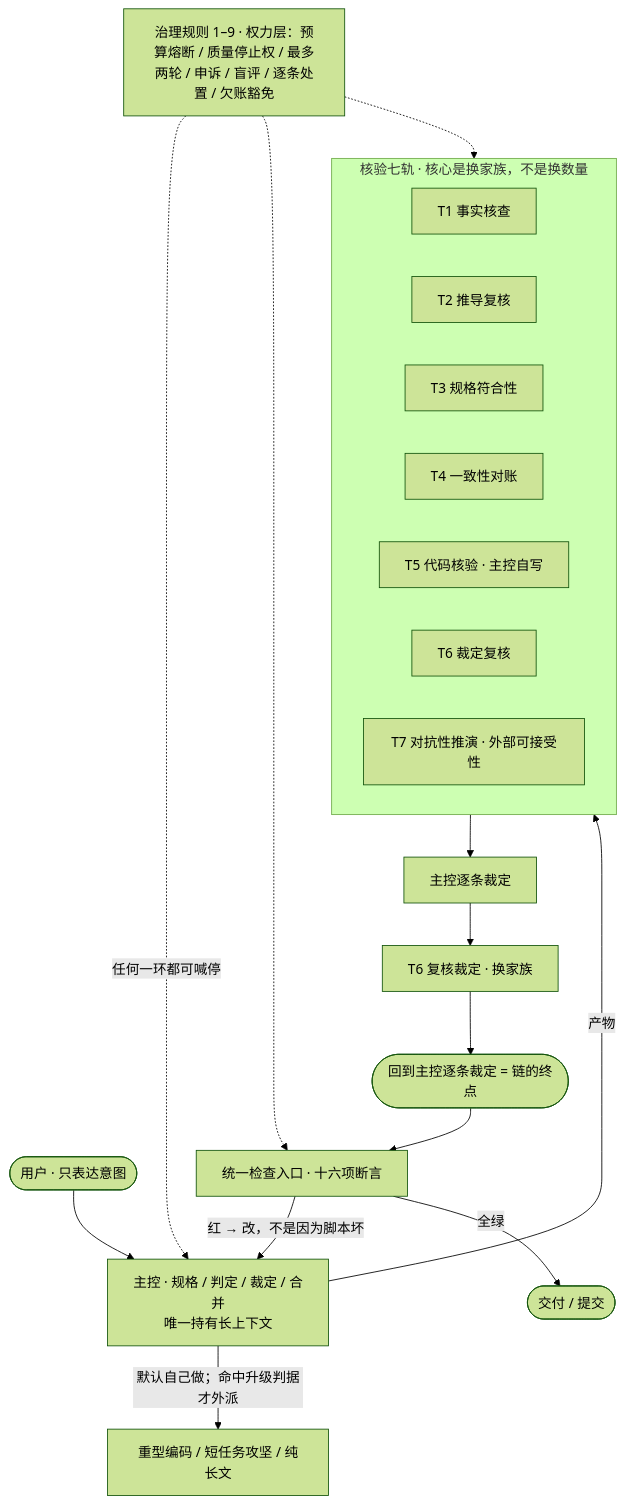
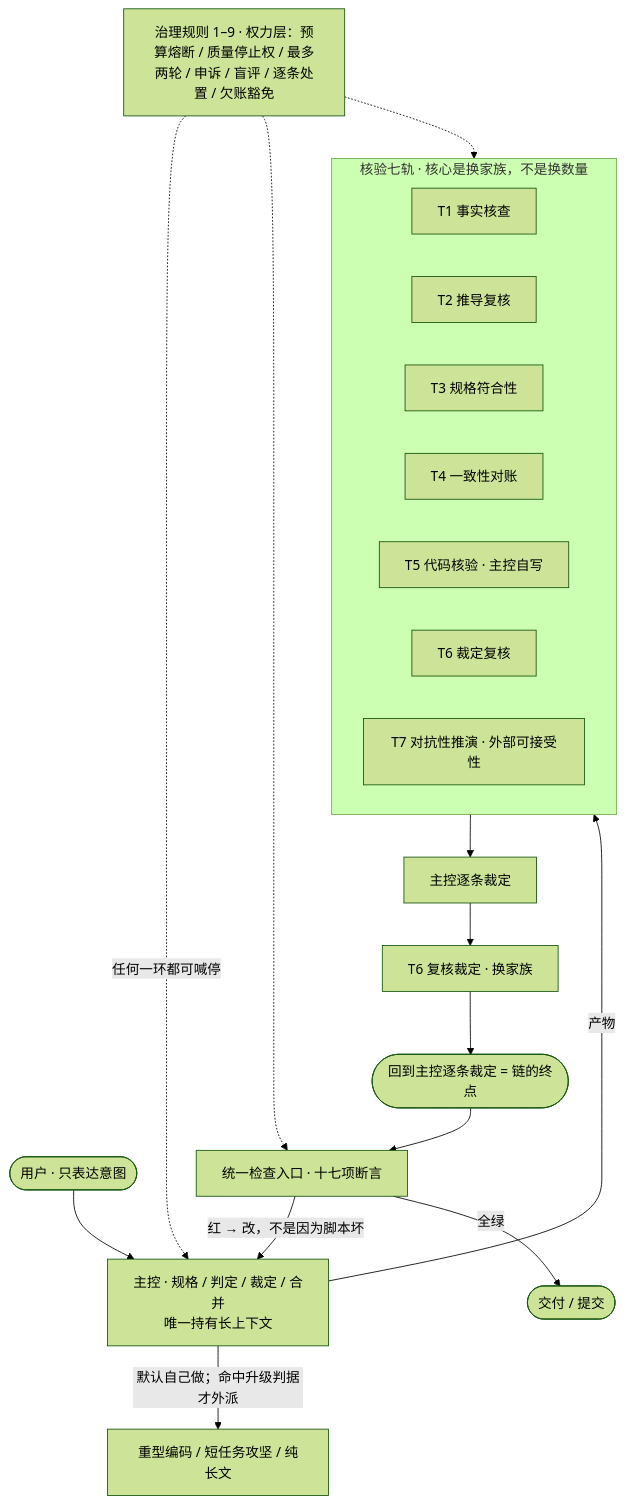
The diagram in README.md (cty66699/dsh-ai-system), drawn with Mermaid (forest theme) before and after one commit. The commit also changed other lines of this file and 13 other files, not shown here.

````diff
--- a/README.md
+++ b/README.md
@@ -259,29 +276,29 @@
 ```mermaid
 flowchart TB
   U(["用户 · 只表达意图"]) --> M["主控 · 规格 / 判定 / 裁定 / 合并<br/>唯一持有长上下文"]
   M -->|"默认自己做；命中升级判据才外派"| ESC["重型编码 / 短任务攻坚 / 纯长文"]
 
   subgraph V["核验七轨 · 核心是换家族，不是换数量"]
     direction LR
     T1["T1 事实核查"]
     T2["T2 推导复核"]
     T3["T3 规格符合性"]
     T4["T4 一致性对账"]
     T5["T5 代码核验 · 主控自写"]
     T6["T6 裁定复核"]
     T7["T7 对抗性推演 · 外部可接受性"]
   end
 
   M -->|"产物"| V
   V --> DISP["主控逐条裁定"]
   DISP --> T6R["T6 复核裁定 · 换家族"]
   T6R --> END(["回到主控逐条裁定 = 链的终点"])
-  END --> GATE["统一检查入口 · 十六项断言"]
+  END --> GATE["统一检查入口 · 十七项断言"]
   GATE -->|"红 → 改，不是因为脚本坏"| M
   GATE -->|"全绿"| OUT(["交付 / 提交"])
 
   POWER["治理规则 1–9 · 权力层：预算熔断 / 质量停止权 / 最多两轮 / 申诉 / 盲评 / 逐条处置 / 欠账豁免"]
   POWER -.->|"任何一环都可喊停"| M
   POWER -.-> V
   POWER -.-> GATE
 ```
````
